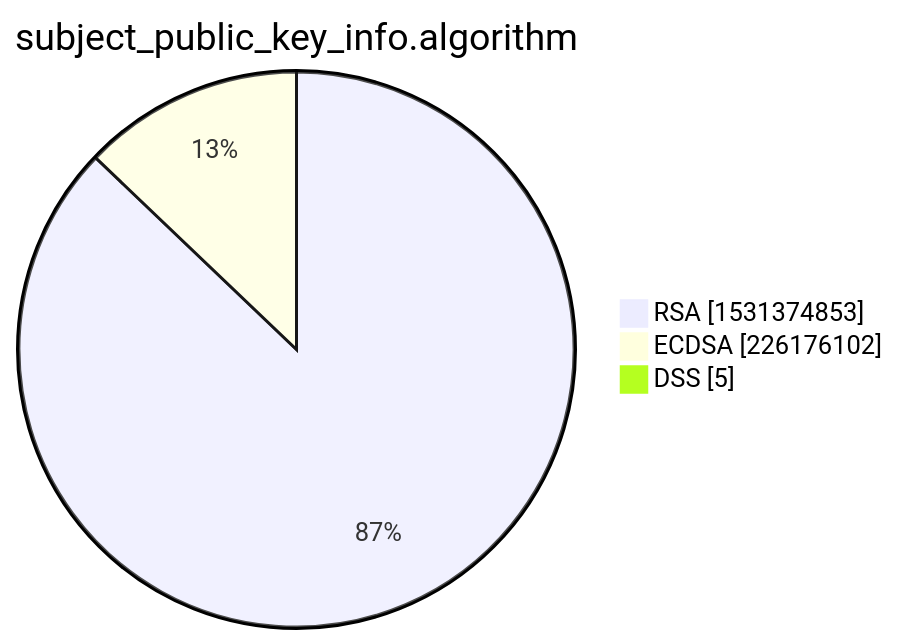
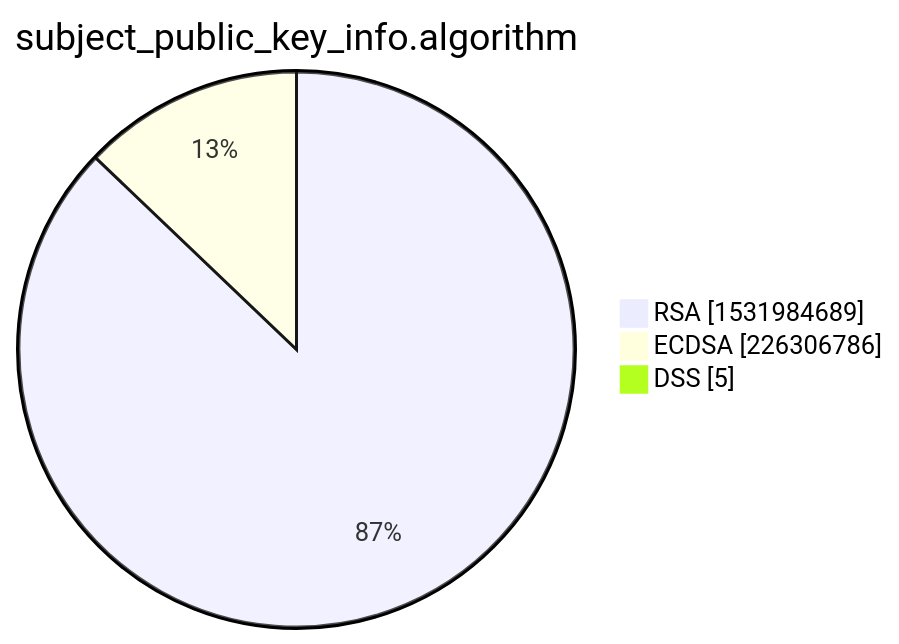
One commit to christiankrug/ctmonitor_visualization changed the third of 15 diagrams in xenon2022/README.md. Above: the diagram before and after it, drawn with Mermaid. The commit also changed other lines of this file, not shown here.

````diff
--- a/xenon2022/README.md
+++ b/xenon2022/README.md
@@ -14,7 +14,7 @@
 ```mermaid
 pie showData
 title subject_public_key_info.algorithm
-"RSA" :1531374853
-"ECDSA" :226176102
+"RSA" :1531984689
+"ECDSA" :226306786
 "DSS" :5
 ```
````
